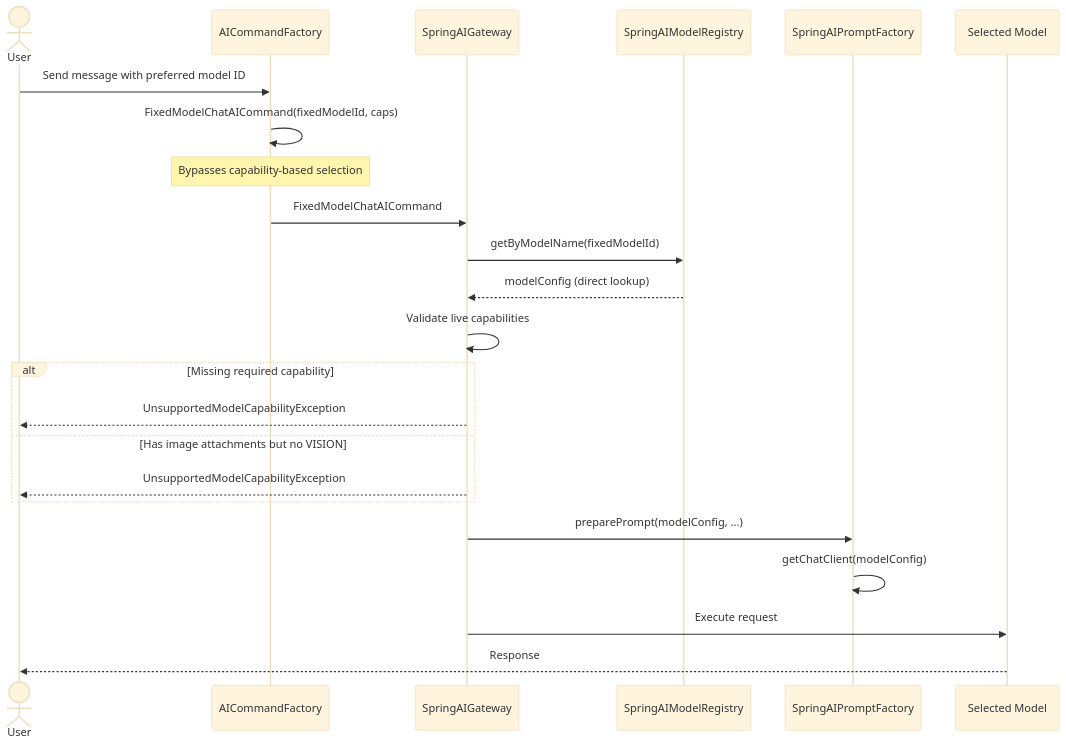
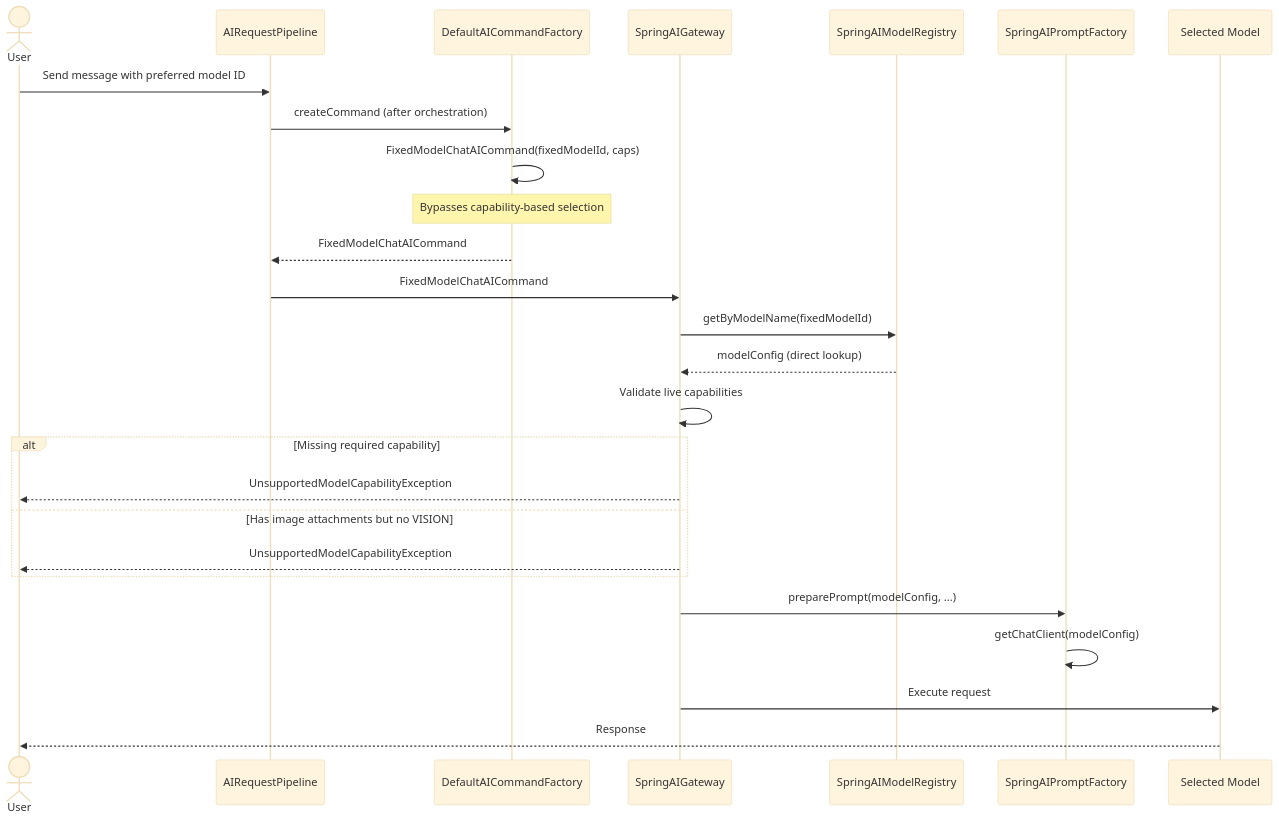
One commit to NGirchev/open-daimon changed the second of 7 diagrams in docs/usecases/auto-mode-model-selection.md. Above: the diagram before and after it, drawn with Mermaid (base theme). The commit also changed other lines of this file and 13 other files, not shown here.

````diff
--- a/docs/usecases/auto-mode-model-selection.md
+++ b/docs/usecases/auto-mode-model-selection.md
@@ -63,31 +73,34 @@
 ```mermaid
 sequenceDiagram
     actor User
-    participant CF as AICommandFactory
+    participant PL as AIRequestPipeline
+    participant CF as DefaultAICommandFactory
     participant GW as SpringAIGateway
     participant Reg as SpringAIModelRegistry
     participant PF as SpringAIPromptFactory
     participant LLM as Selected Model
 
-    User->>CF: Send message with preferred model ID
+    User->>PL: Send message with preferred model ID
 
+    PL->>CF: createCommand (after orchestration)
     CF->>CF: FixedModelChatAICommand(fixedModelId, caps)
     Note over CF: Bypasses capability-based selection
 
-    CF->>GW: FixedModelChatAICommand
+    CF-->>PL: FixedModelChatAICommand
+    PL->>GW: FixedModelChatAICommand
 
     GW->>Reg: getByModelName(fixedModelId)
     Reg-->>GW: modelConfig (direct lookup)
 
     GW->>GW: Validate live capabilities
     alt Missing required capability
         GW-->>User: UnsupportedModelCapabilityException
     else Has image attachments but no VISION
         GW-->>User: UnsupportedModelCapabilityException
     end
 
     GW->>PF: preparePrompt(modelConfig, ...)
     PF->>PF: getChatClient(modelConfig)
     GW->>LLM: Execute request
     LLM-->>User: Response
 ```
````
